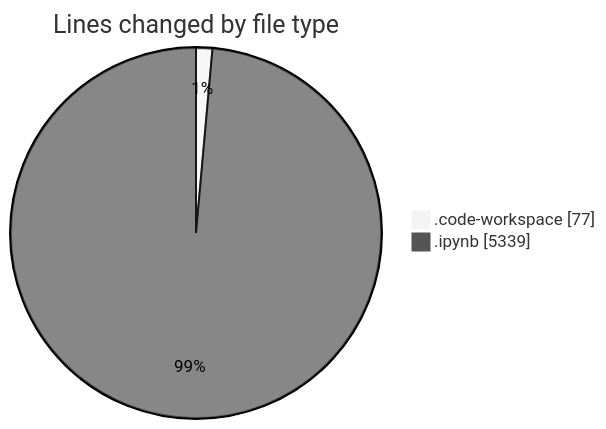
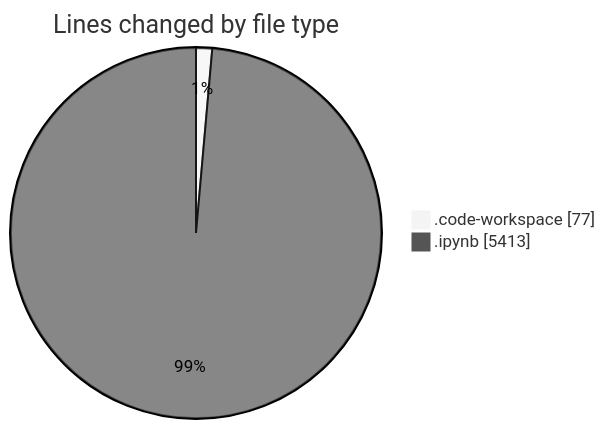
The first of 2 diagrams in 2025-03-14/myws__workspace_/README.md (MatusMokan/code-tracking), drawn with Mermaid (neutral theme) before and after one commit. The commit also changed other lines of this file and 1 other file, not shown here.

````diff
--- a/2025-03-14/myws__workspace_/README.md
+++ b/2025-03-14/myws__workspace_/README.md
@@ -21,6 +21,6 @@
 ```mermaid
 pie showData
 title Lines changed by file type
 ".code-workspace" : 77
-".ipynb" : 5339
+".ipynb" : 5413
 ```
````
